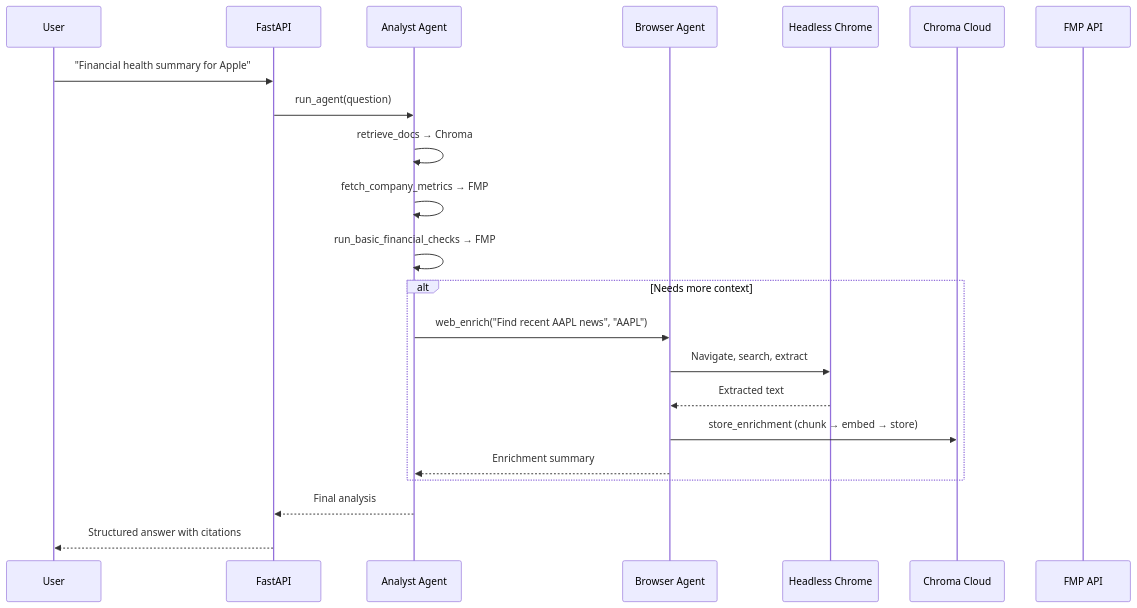
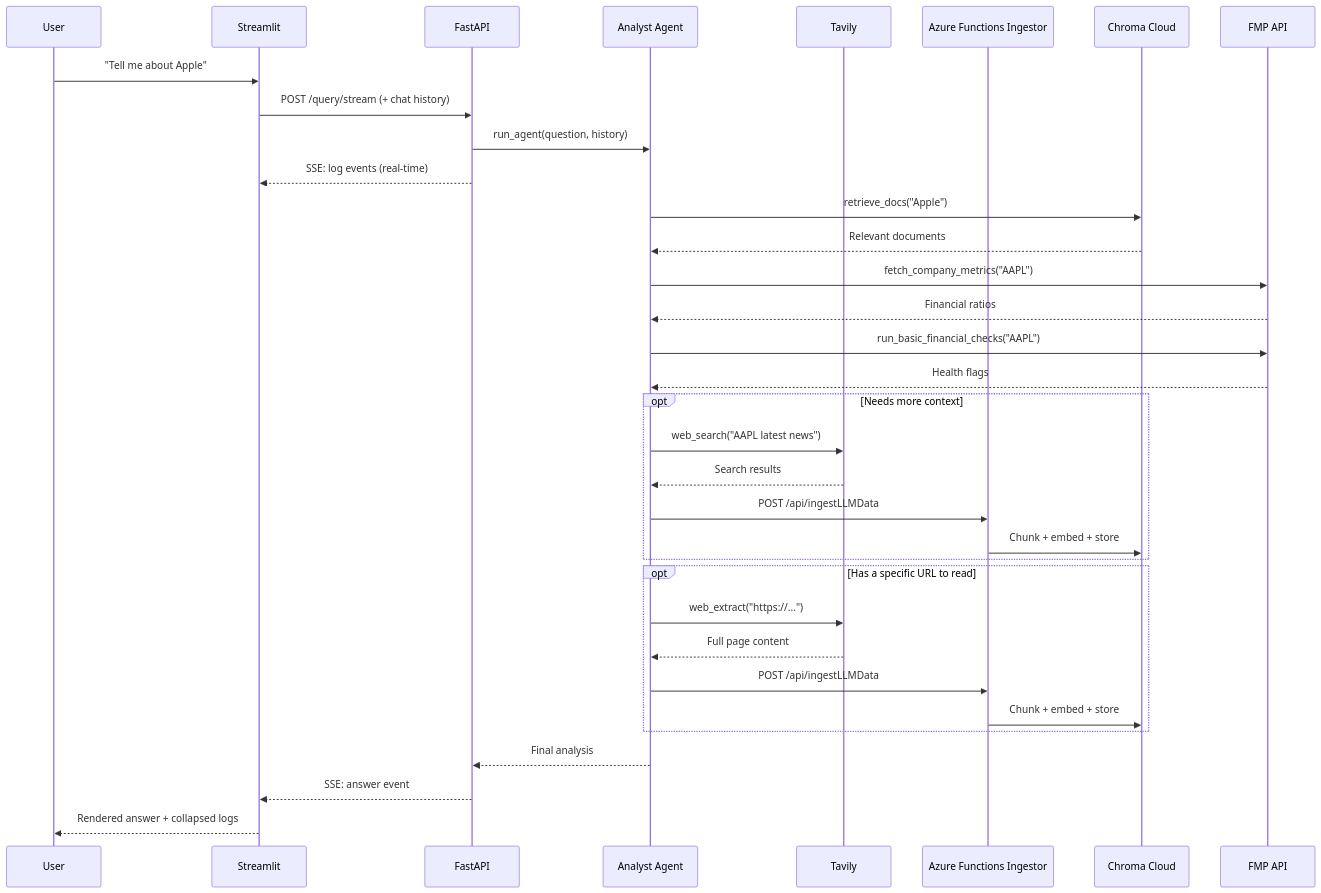
The second of 3 diagrams in README.md (maiduydung/financial_agents), drawn with Mermaid before and after one commit. The commit also changed other lines of this file and 1 other file, not shown here.

First line of the commit message:
Update README with detailed Mermaid diagrams and refresh Streamlit UI

````diff
--- a/README.md
+++ b/README.md
@@ -76,28 +80,43 @@
 ```mermaid
 sequenceDiagram
     participant User
+    participant Streamlit
     participant FastAPI
-    participant Analyst as Analyst Agent
-    participant Browser as Browser Agent
-    participant Chrome as Headless Chrome
+    participant Agent as Analyst Agent
+    participant Tavily
+    participant Ingestor as Azure Functions Ingestor
     participant Chroma as Chroma Cloud
     participant FMP as FMP API
 
-    User->>FastAPI: "Financial health summary for Apple"
-    FastAPI->>Analyst: run_agent(question)
+    User->>Streamlit: "Tell me about Apple"
+    Streamlit->>FastAPI: POST /query/stream (+ chat history)
+    FastAPI->>Agent: run_agent(question, history)
+    FastAPI-->>Streamlit: SSE: log events (real-time)
 
-    Analyst->>Analyst: retrieve_docs → Chroma
-    Analyst->>Analyst: fetch_company_metrics → FMP
-    Analyst->>Analyst: run_basic_financial_checks → FMP
+    Agent->>Chroma: retrieve_docs("Apple")
+    Chroma-->>Agent: Relevant documents
 
-    alt Needs more context
-        Analyst->>Browser: web_enrich("Find recent AAPL news", "AAPL")
-        Browser->>Chrome: Navigate, search, extract
-        Chrome-->>Browser: Extracted text
-        Browser->>Chroma: store_enrichment (chunk → embed → store)
-        Browser-->>Analyst: Enrichment summary
+    Agent->>FMP: fetch_company_metrics("AAPL")
+    FMP-->>Agent: Financial ratios
+
+    Agent->>FMP: run_basic_financial_checks("AAPL")
+    FMP-->>Agent: Health flags
+
+    opt Needs more context
+        Agent->>Tavily: web_search("AAPL latest news")
+        Tavily-->>Agent: Search results
+        Agent->>Ingestor: POST /api/ingestLLMData
+        Ingestor->>Chroma: Chunk + embed + store
     end
 
-    Analyst-->>FastAPI: Final analysis
-    FastAPI-->>User: Structured answer with citations
+    opt Has a specific URL to read
+        Agent->>Tavily: web_extract("https://...")
+        Tavily-->>Agent: Full page content
+        Agent->>Ingestor: POST /api/ingestLLMData
+        Ingestor->>Chroma: Chunk + embed + store
+    end
+
+    Agent-->>FastAPI: Final analysis
+    FastAPI-->>Streamlit: SSE: answer event
+    Streamlit-->>User: Rendered answer + collapsed logs
 ```
````
